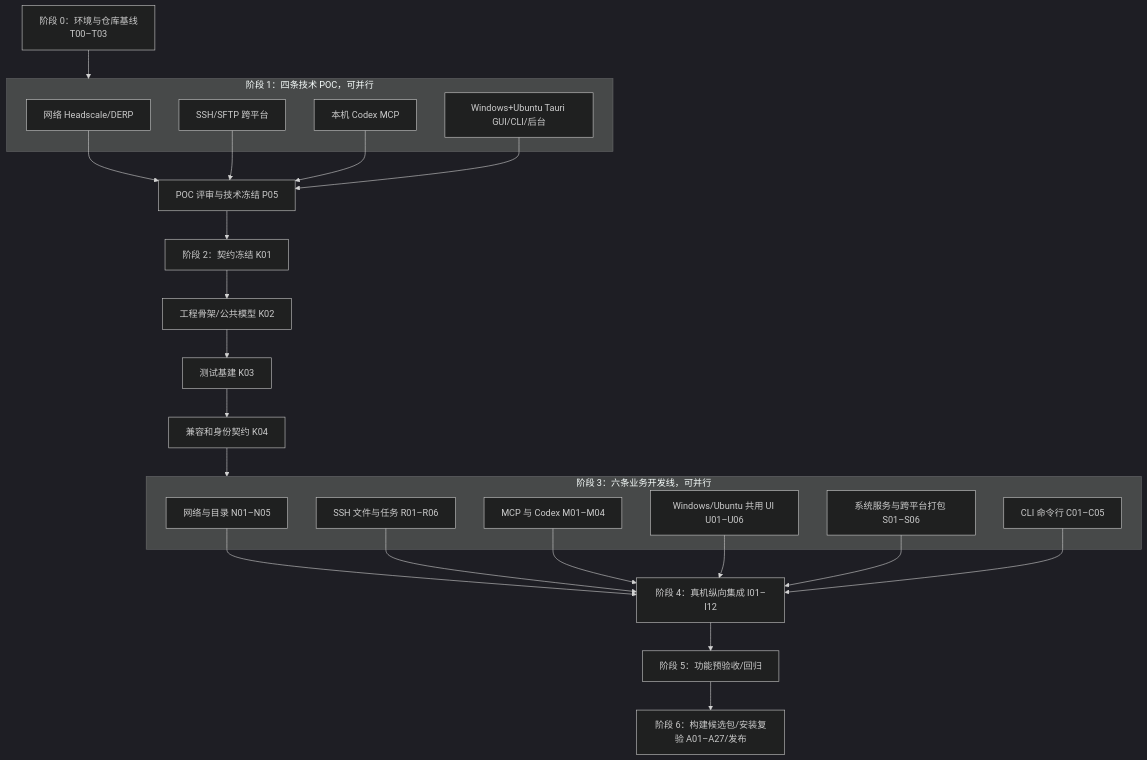
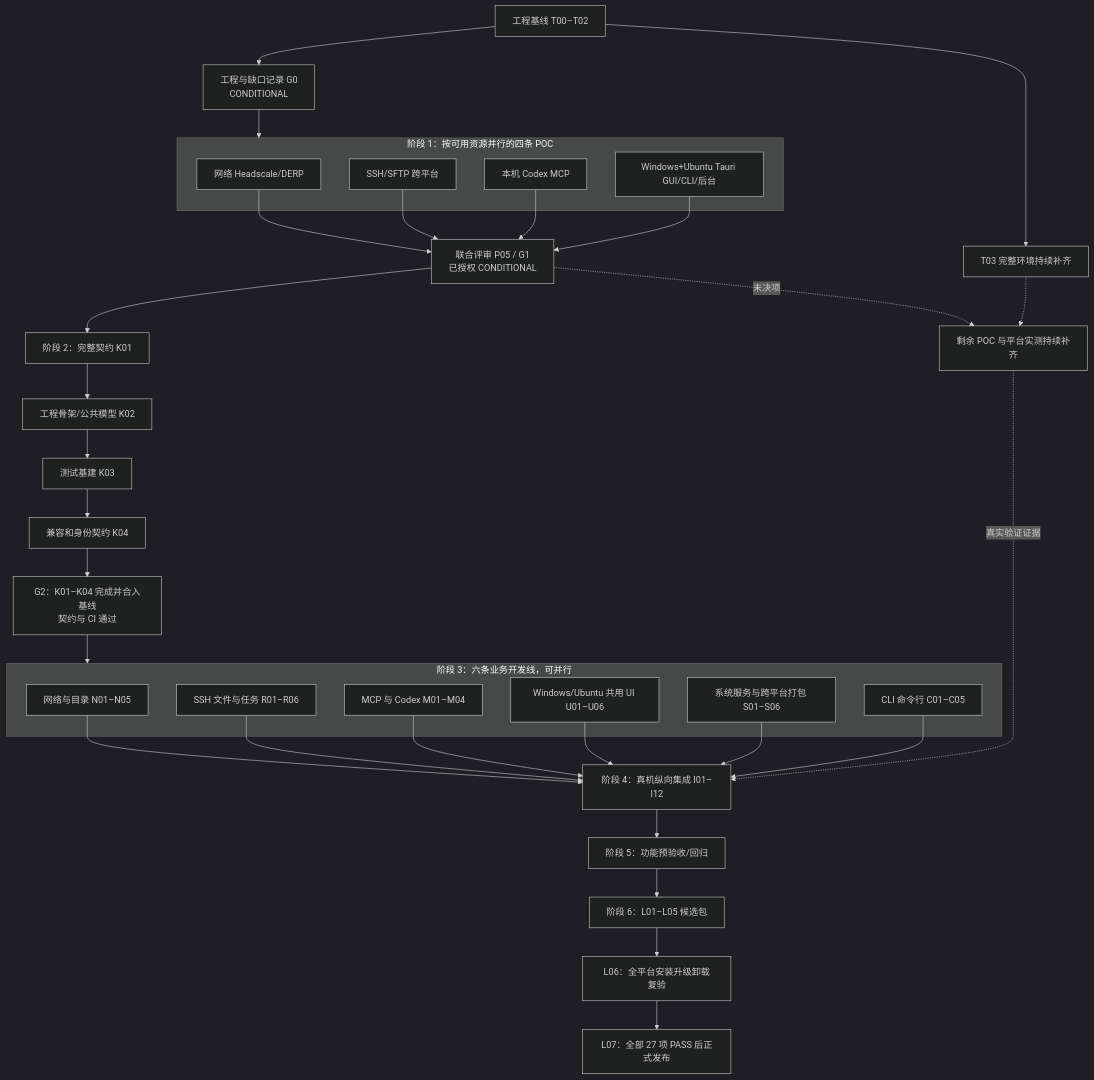
Before and after one commit to HIHU-COCO/HOPNODE: the diagram in Plan.md, drawn with Mermaid (dark theme). The commit also changed other lines of this file and 11 other files, not shown here.

````diff
--- a/Plan.md
+++ b/Plan.md
@@ -82,35 +84,43 @@
 ```mermaid
 flowchart TD
-  G0[阶段 0：环境与仓库基线<br/>T00–T03] --> G1
-  subgraph G1[阶段 1：四条技术 POC，可并行]
+  T[工程基线 T00–T02] --> G0[工程与缺口记录 G0<br/>CONDITIONAL]
+  T --> ENV[T03 完整环境持续补齐]
+  G0 --> POC
+  subgraph POC[阶段 1：按可用资源并行的四条 POC]
     P01[网络 Headscale/DERP]
     P02[SSH/SFTP 跨平台]
     P03[本机 Codex MCP]
     P04[Windows+Ubuntu Tauri GUI/CLI/后台]
   end
-  P01 --> P05[POC 评审与技术冻结 P05]
+  P01 --> P05[联合评审 P05 / G1<br/>已授权 CONDITIONAL]
   P02 --> P05
   P03 --> P05
   P04 --> P05
-  P05 --> K01[阶段 2：契约冻结 K01]
+  P05 --> K01[阶段 2：完整契约 K01]
+  ENV -.-> V[剩余 POC 与平台实测持续补齐]
+  P05 -.未决项.-> V
   K01 --> K02[工程骨架/公共模型 K02]
   K02 --> K03[测试基建 K03]
   K03 --> K04[兼容和身份契约 K04]
-  K04 --> G3
+  K04 --> G2[G2：K01–K04 完成并合入基线<br/>契约与 CI 通过]
+  G2 --> G3
   subgraph G3[阶段 3：六条业务开发线，可并行]
     N[网络与目录 N01–N05]
     R[SSH 文件与任务 R01–R06]
     M[MCP 与 Codex M01–M04]
     U[Windows/Ubuntu 共用 UI U01–U06]
     S[系统服务与跨平台打包 S01–S06]
     C[CLI 命令行 C01–C05]
   end
   N --> I[阶段 4：真机纵向集成 I01–I12]
   R --> I
   M --> I
   U --> I
   S --> I
   C --> I
+  V -.真实验证证据.-> I
   I --> Q[阶段 5：功能预验收/回归]
-  Q --> REL[阶段 6：构建候选包/安装复验 A01–A27/发布]
+  Q --> RC[阶段 6：L01–L05 候选包]
+  RC --> L06[L06：全平台安装升级卸载复验]
+  L06 --> L07[L07：全部 27 项 PASS 后正式发布]
 ```
````
